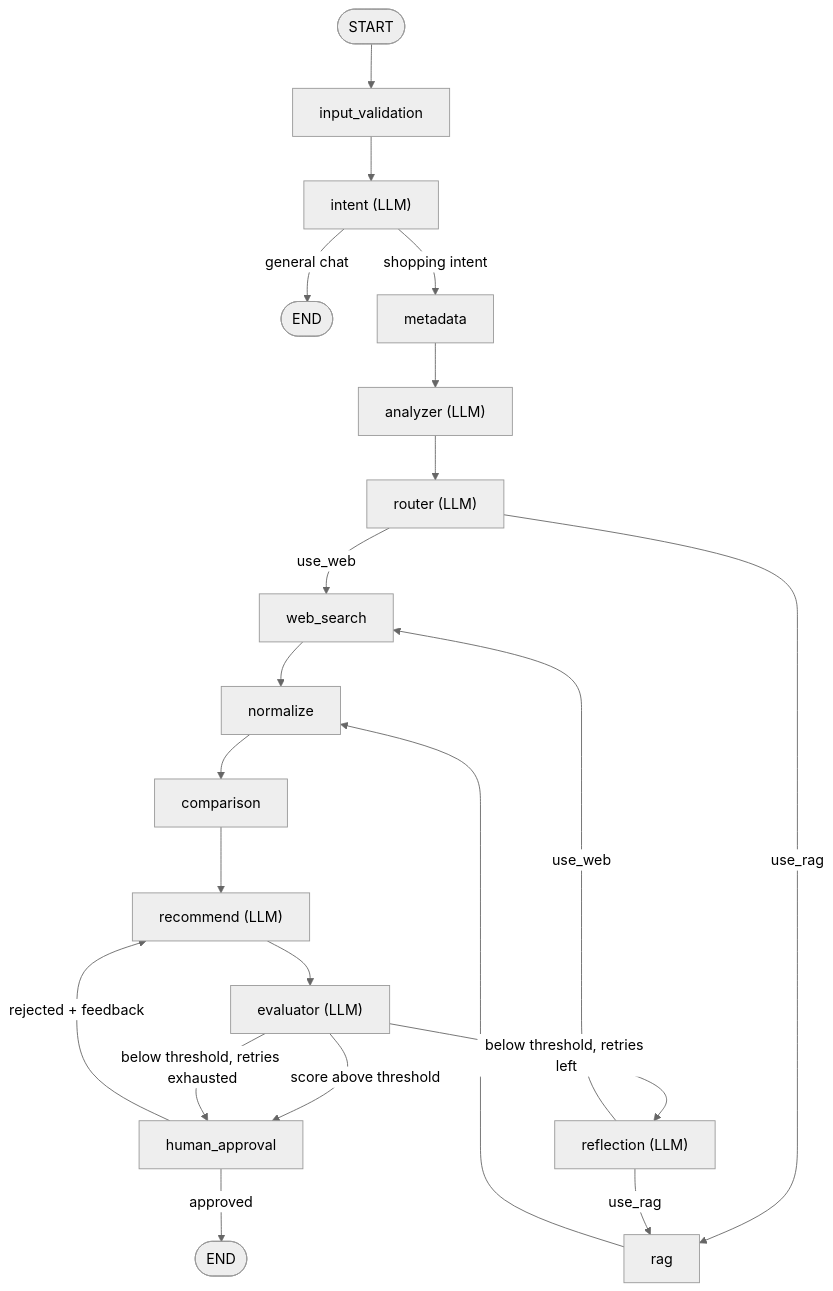
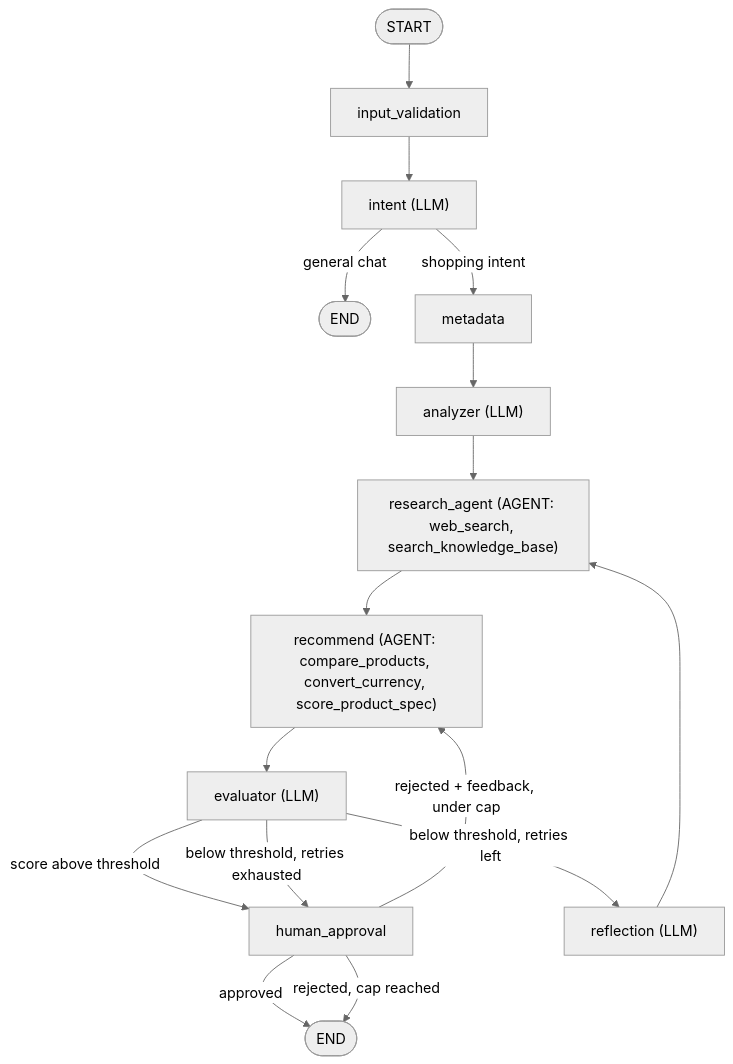
Before and after one commit to DucwTran/ShoppingAssistantAgent: the diagram in README.md, drawn with Mermaid (neutral theme). The commit also changed other lines of this file and 46 other files, not shown here.

Commit message:
feat: convert research/recommend to real tool-calling agents, switch to Ollama/NVIDIA NIM

````diff
--- a/README.md
+++ b/README.md
@@ -16,23 +18,18 @@
 ```mermaid
 flowchart TD
     START([START]) --> IV[input_validation]
     IV --> INT["intent (LLM)"]
     INT -->|general chat| END1([END])
     INT -->|shopping intent| MD[metadata]
     MD --> AN["analyzer (LLM)"]
-    AN --> RT["router (LLM)"]
-    RT -->|use_web| WS[web_search]
-    RT -->|use_rag| RAG[rag]
-    WS --> NORM[normalize]
-    RAG --> NORM
-    NORM --> CMP[comparison]
-    CMP --> REC["recommend (LLM)"]
+    AN --> RA["research_agent (AGENT: web_search, search_knowledge_base)"]
+    RA --> REC["recommend (AGENT: compare_products, convert_currency, score_product_spec)"]
     REC --> EV["evaluator (LLM)"]
     EV -->|score above threshold| HA[human_approval]
     EV -->|below threshold, retries left| REFL["reflection (LLM)"]
     EV -->|below threshold, retries exhausted| HA
-    REFL -->|use_web| WS
-    REFL -->|use_rag| RAG
+    REFL --> RA
     HA -->|approved| END2([END])
-    HA -->|rejected + feedback| REC
+    HA -->|rejected + feedback, under cap| REC
+    HA -->|rejected, cap reached| END2
 ```
````
